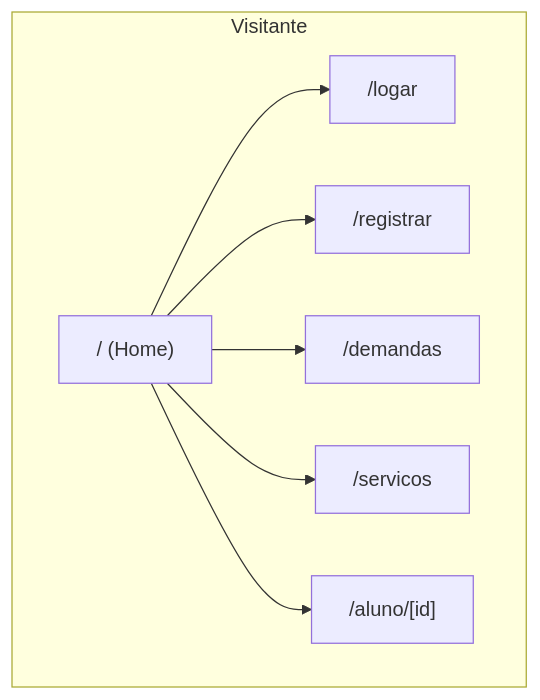
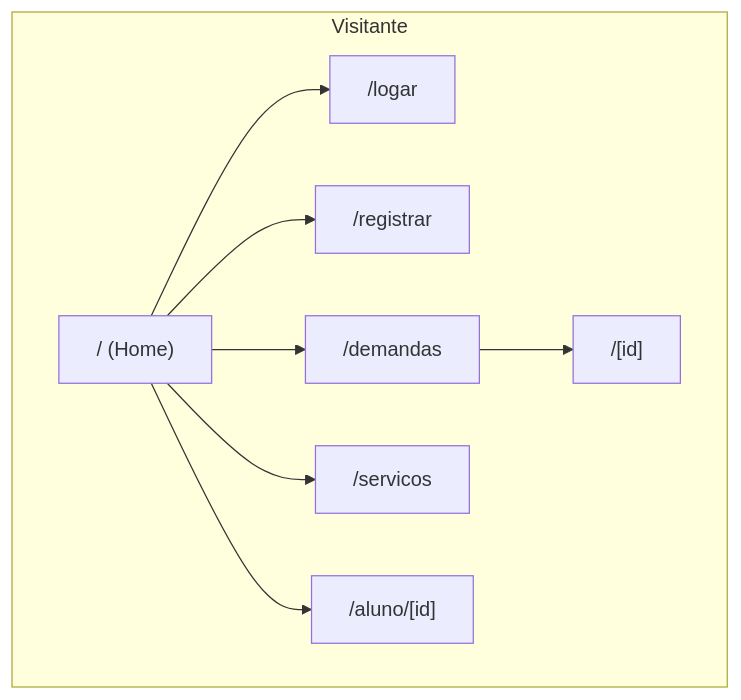
Before and after one commit to pds-freelance-sem-nome/ifreela: the first of 3 diagrams in docs/prototipos/prototipos.md, drawn with Mermaid. The commit also changed other lines of this file, not shown here.

````diff
--- a/docs/prototipos/prototipos.md
+++ b/docs/prototipos/prototipos.md
@@ -5,11 +5,12 @@
 ```mermaid
 flowchart TD
    subgraph Visitante
         A["/ (Home)"]
         A --> C["/logar"]
         A --> D["/registrar"]
         A --> B["/demandas"]
+        B --> G["/[id]"]
         A --> E["/servicos"]
         A --> F["/aluno/[id]"]
     end
 ```
````
